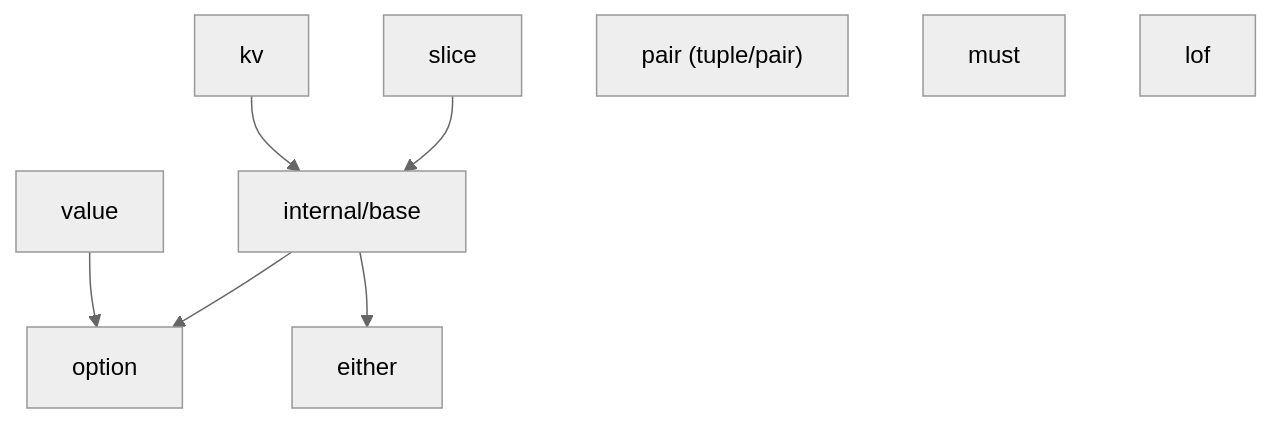
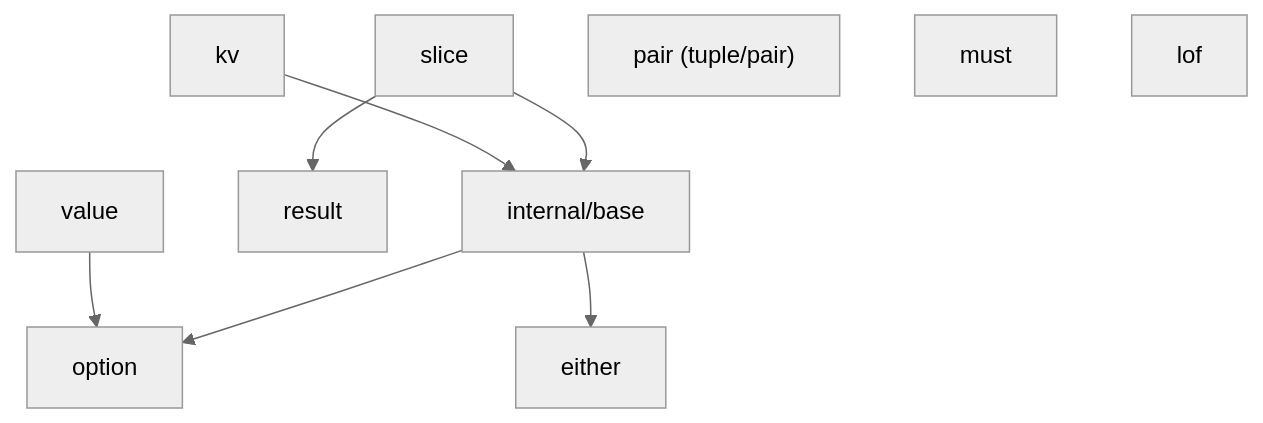
One commit to binaryphile/fluentfp changed the diagram in docs/design.md. Above: the diagram before and after it, drawn with Mermaid (neutral theme). The commit also changed other lines of this file and 10 other files, not shown here.

````diff
--- a/docs/design.md
+++ b/docs/design.md
@@ -7,11 +7,13 @@
 ```mermaid
 flowchart TD
     base["internal/base"] --> option
     base --> either
     slice --> base
+    slice --> result
     kv --> base
     value --> option
+    result
     pair["pair (tuple/pair)"]
     must
     lof
 ```
````
